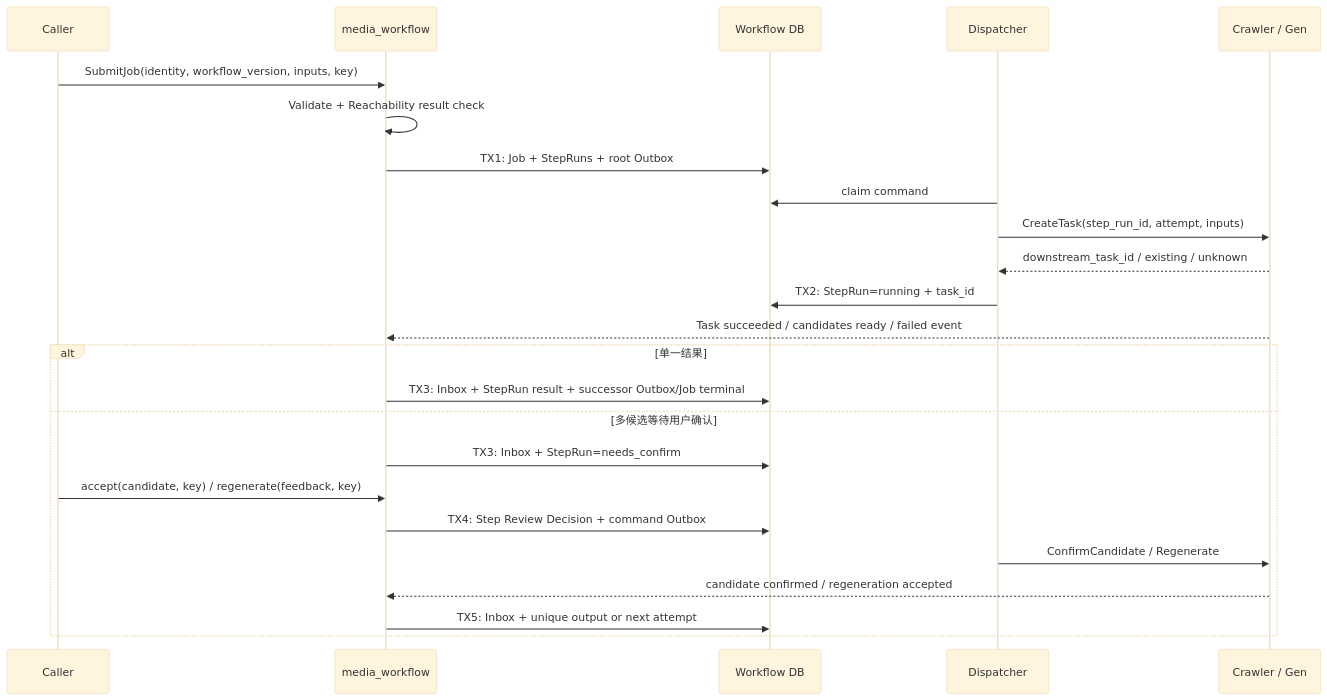
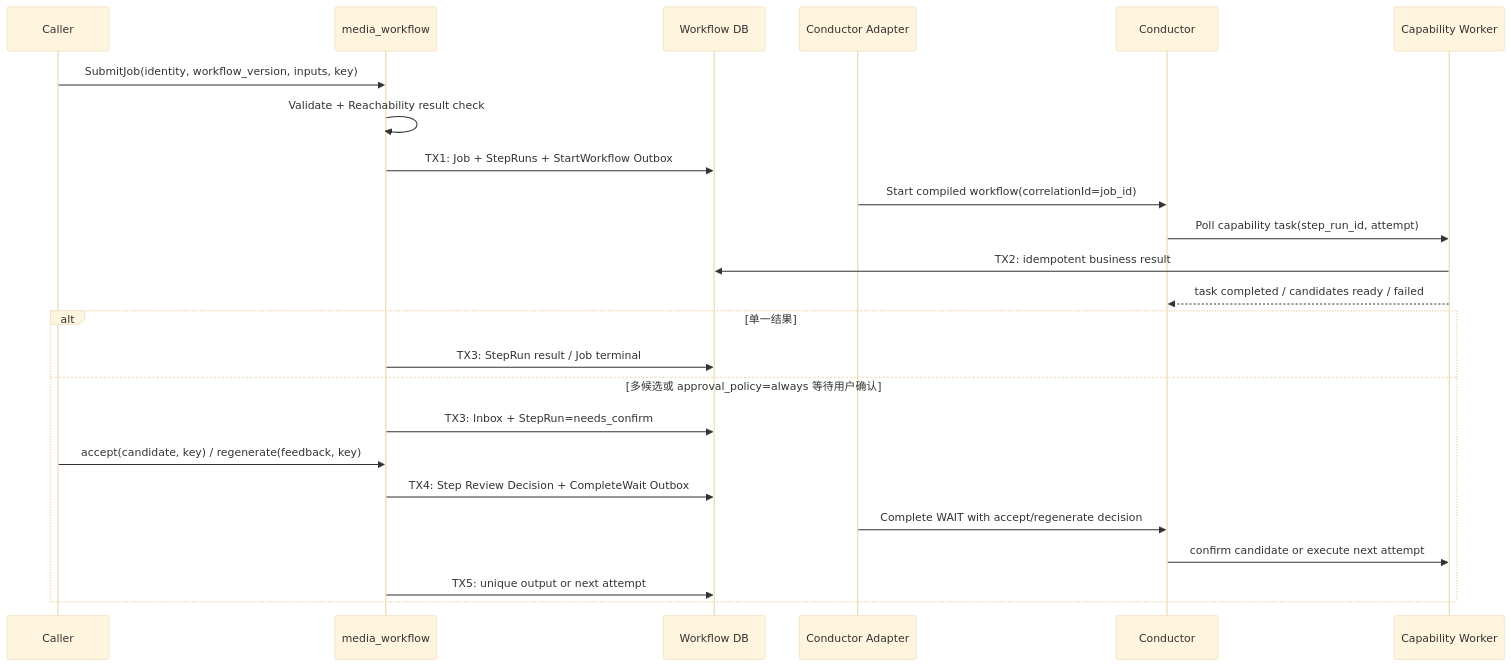
The first of 2 diagrams in docs/ddd/media_workflow/workflow/0002-workflow_execution/workflow_execution.md (hotttao/media_agent), drawn with Mermaid (base theme) before and after one commit. The commit also changed other lines of this file and 28 other files, not shown here.

````diff
--- a/docs/ddd/media_workflow/workflow/0002-workflow_execution/workflow_execution.md
+++ b/docs/ddd/media_workflow/workflow/0002-workflow_execution/workflow_execution.md
@@ -12,26 +12,26 @@
 ```mermaid
 sequenceDiagram
     participant C as Caller
     participant W as media_workflow
     participant DB as Workflow DB
-    participant D as Dispatcher
-    participant X as Crawler / Gen
+    participant A as Conductor Adapter
+    participant O as Conductor
+    participant X as Capability Worker
     C->>W: SubmitJob(identity, workflow_version, inputs, key)
     W->>W: Validate + Reachability result check
-    W->>DB: TX1: Job + StepRuns + root Outbox
-    D->>DB: claim command
-    D->>X: CreateTask(step_run_id, attempt, inputs)
-    X-->>D: downstream_task_id / existing / unknown
-    D->>DB: TX2: StepRun=running + task_id
-    X-->>W: Task succeeded / candidates ready / failed event
+    W->>DB: TX1: Job + StepRuns + StartWorkflow Outbox
+    A->>O: Start compiled workflow(correlationId=job_id)
+    O->>X: Poll capability task(step_run_id, attempt)
+    X->>DB: TX2: idempotent business result
+    X-->>O: task completed / candidates ready / failed
     alt 单一结果
-        W->>DB: TX3: Inbox + StepRun result + successor Outbox/Job terminal
-    else 多候选等待用户确认
+        W->>DB: TX3: StepRun result / Job terminal
+    else 多候选或 approval_policy=always 等待用户确认
         W->>DB: TX3: Inbox + StepRun=needs_confirm
         C->>W: accept(candidate, key) / regenerate(feedback, key)
-        W->>DB: TX4: Step Review Decision + command Outbox
-        D->>X: ConfirmCandidate / Regenerate
-        X-->>W: candidate confirmed / regeneration accepted
-        W->>DB: TX5: Inbox + unique output or next attempt
+        W->>DB: TX4: Step Review Decision + CompleteWait Outbox
+        A->>O: Complete WAIT with accept/regenerate decision
+        O->>X: confirm candidate or execute next attempt
+        W->>DB: TX5: unique output or next attempt
     end
 ```
````
